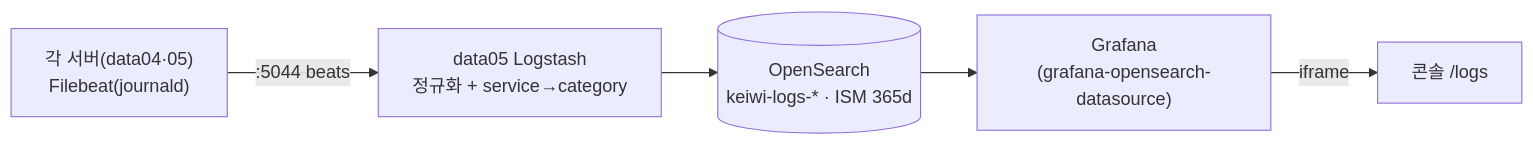
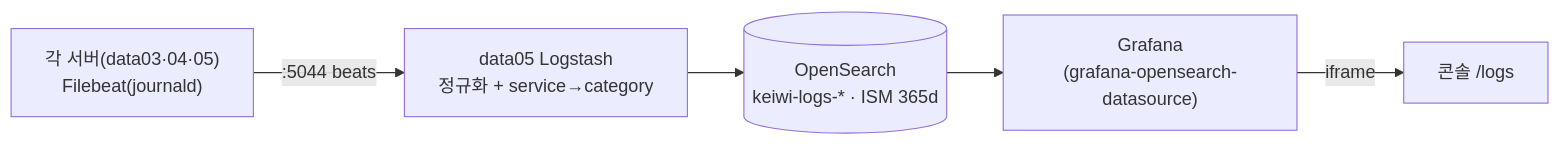
Before and after one commit to mooner92/KEIwi: the diagram in infra/logging/README.md, drawn with Mermaid. The commit also changed other lines of this file and 19 other files, not shown here.

````diff
--- a/infra/logging/README.md
+++ b/infra/logging/README.md
@@ -11,7 +11,7 @@
 ```mermaid
 flowchart LR
-  FB["각 서버(data04·05)<br/>Filebeat(journald)"] -->|":5044 beats"| LS["data05 Logstash<br/>정규화 + service→category"]
+  FB["각 서버(data03·04·05)<br/>Filebeat(journald)"] -->|":5044 beats"| LS["data05 Logstash<br/>정규화 + service→category"]
   LS --> OS[("OpenSearch<br/>keiwi-logs-* · ISM 365d")]
   OS --> G["Grafana<br/>(grafana-opensearch-datasource)"]
   G -->|"iframe"| C["콘솔 /logs"]
 ```
````
